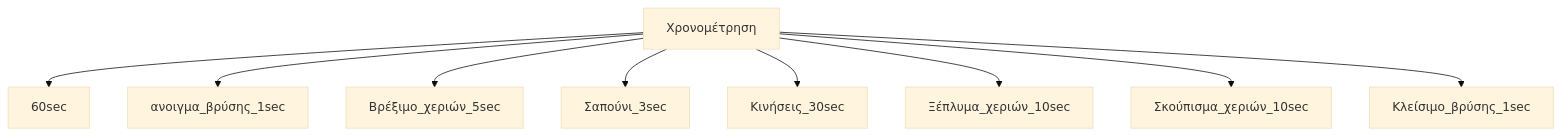
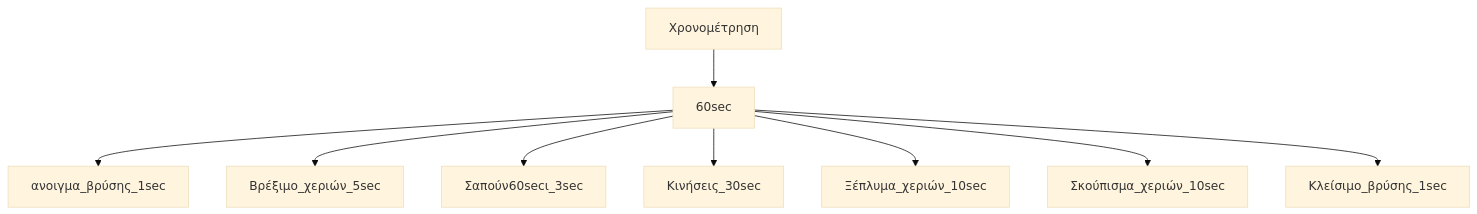
Before and after one commit to Ebabouraki/Interaction-Design-Project-Assignment: the third of 3 diagrams in our_report/README.md, drawn with Mermaid (base theme).

````diff
--- a/our_report/README.md
+++ b/our_report/README.md
@@ -230,11 +230,11 @@
 ```mermaid
   graph TD;
       Χρονομέτρηση --> 60sec;
-        Χρονομέτρηση --> ανοιγμα_βρύσης_1sec;
-        Χρονομέτρηση --> Βρέξιμο_χεριών_5sec;
-       Χρονομέτρηση --> Σαπούνι_3sec;
-        Χρονομέτρηση--> Κινήσεις_30sec;
-        Χρονομέτρηση --> Ξέπλυμα_χεριών_10sec;
-        Χρονομέτρηση --> Σκούπισμα_χεριών_10sec
-      Χρονομέτρηση --> Κλείσιμο_βρύσης_1sec;
+       60sec --> ανοιγμα_βρύσης_1sec;
+       60sec --> Βρέξιμο_χεριών_5sec;
+       60sec --> Σαπούν60secι_3sec;
+      60sec--> Κινήσεις_30sec;
+       60sec --> Ξέπλυμα_χεριών_10sec;
+       60sec --> Σκούπισμα_χεριών_10sec
+     60sec--> Κλείσιμο_βρύσης_1sec;
 ```
````
